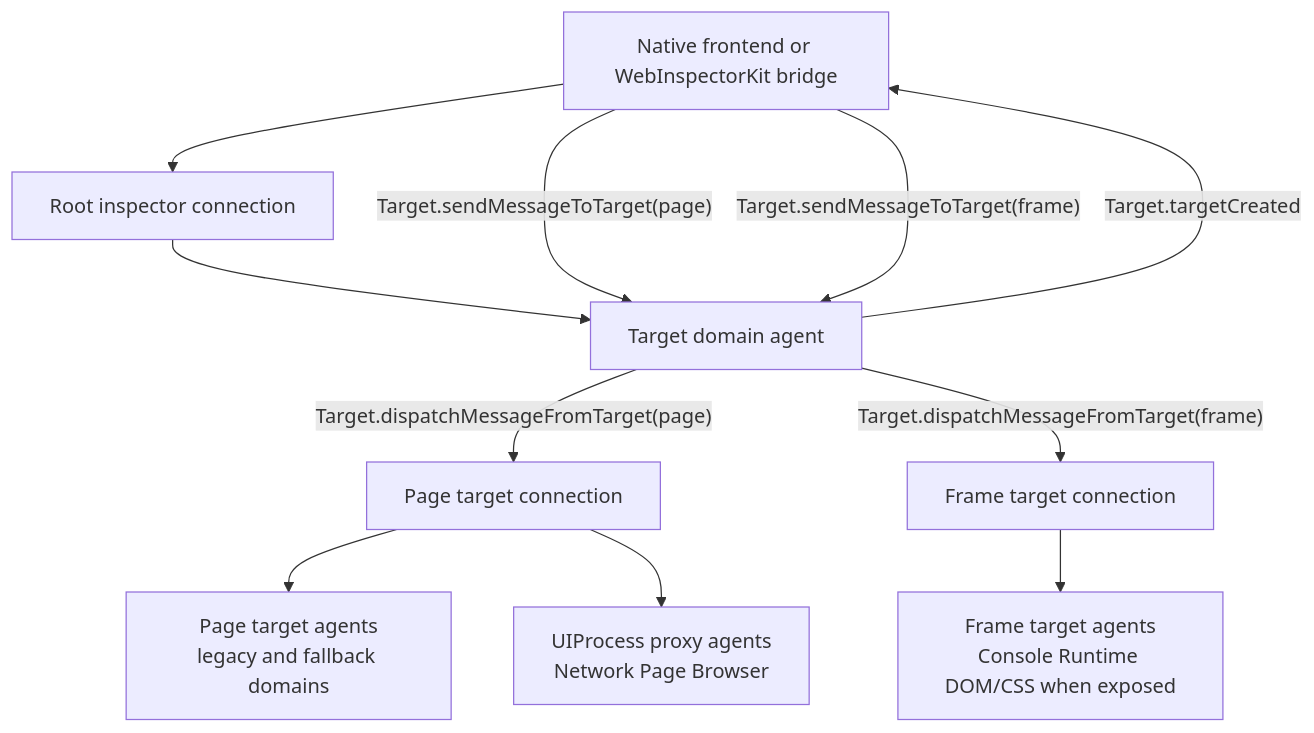
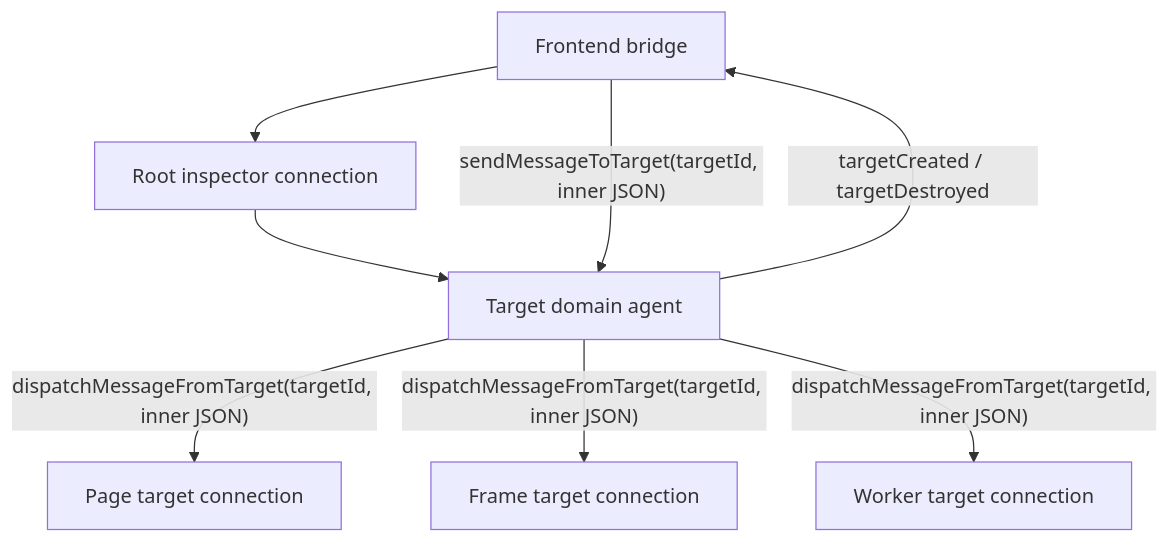
The first of 2 diagrams in Sources/WebInspectorCore/Docs/TransportResearch.md (lynnswap/WebInspectorKit), drawn with Mermaid before and after one commit. The commit also changed other lines of this file, not shown here.

````diff
--- a/Sources/WebInspectorCore/Docs/TransportResearch.md
+++ b/Sources/WebInspectorCore/Docs/TransportResearch.md
@@ -21,22 +14,17 @@
 ```mermaid
 flowchart TD
-    Host["Native frontend or WebInspectorKit bridge"]
+    Host["Frontend bridge"]
     Root["Root inspector connection"]
     TargetAgent["Target domain agent"]
-    PageTarget["Page target connection"]
-    FrameTarget["Frame target connection"]
-    PageAgents["Page target agents<br/>legacy and fallback domains"]
-    UIProcessAgents["UIProcess proxy agents<br/>Network Page Browser"]
-    FrameAgents["Frame target agents<br/>Console Runtime DOM/CSS when exposed"]
+    PageConnection["Page target connection"]
+    FrameConnection["Frame target connection"]
+    WorkerConnection["Worker target connection"]
 
     Host --> Root
     Root --> TargetAgent
-    TargetAgent -- "Target.targetCreated" --> Host
-    Host -- "Target.sendMessageToTarget(page)" --> TargetAgent
-    Host -- "Target.sendMessageToTarget(frame)" --> TargetAgent
-    TargetAgent -- "Target.dispatchMessageFromTarget(page)" --> PageTarget
-    TargetAgent -- "Target.dispatchMessageFromTarget(frame)" --> FrameTarget
-    PageTarget --> PageAgents
-    PageTarget --> UIProcessAgents
-    FrameTarget --> FrameAgents
+    TargetAgent -- "targetCreated / targetDestroyed" --> Host
+    Host -- "sendMessageToTarget(targetId, inner JSON)" --> TargetAgent
+    TargetAgent -- "dispatchMessageFromTarget(targetId, inner JSON)" --> PageConnection
+    TargetAgent -- "dispatchMessageFromTarget(targetId, inner JSON)" --> FrameConnection
+    TargetAgent -- "dispatchMessageFromTarget(targetId, inner JSON)" --> WorkerConnection
 ```
````
